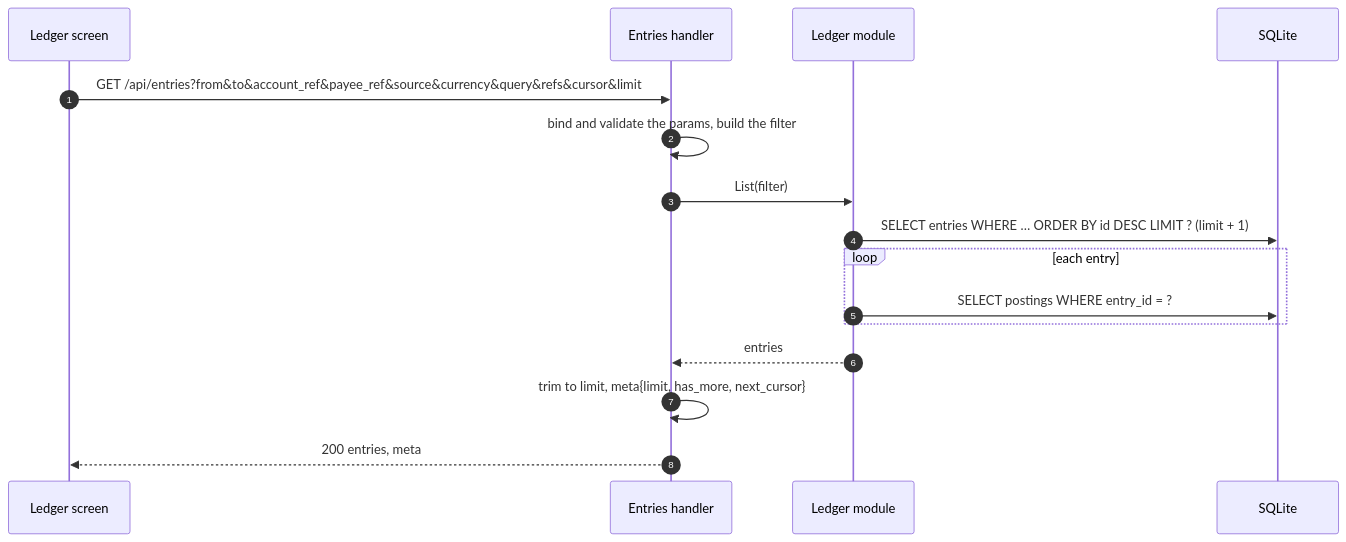
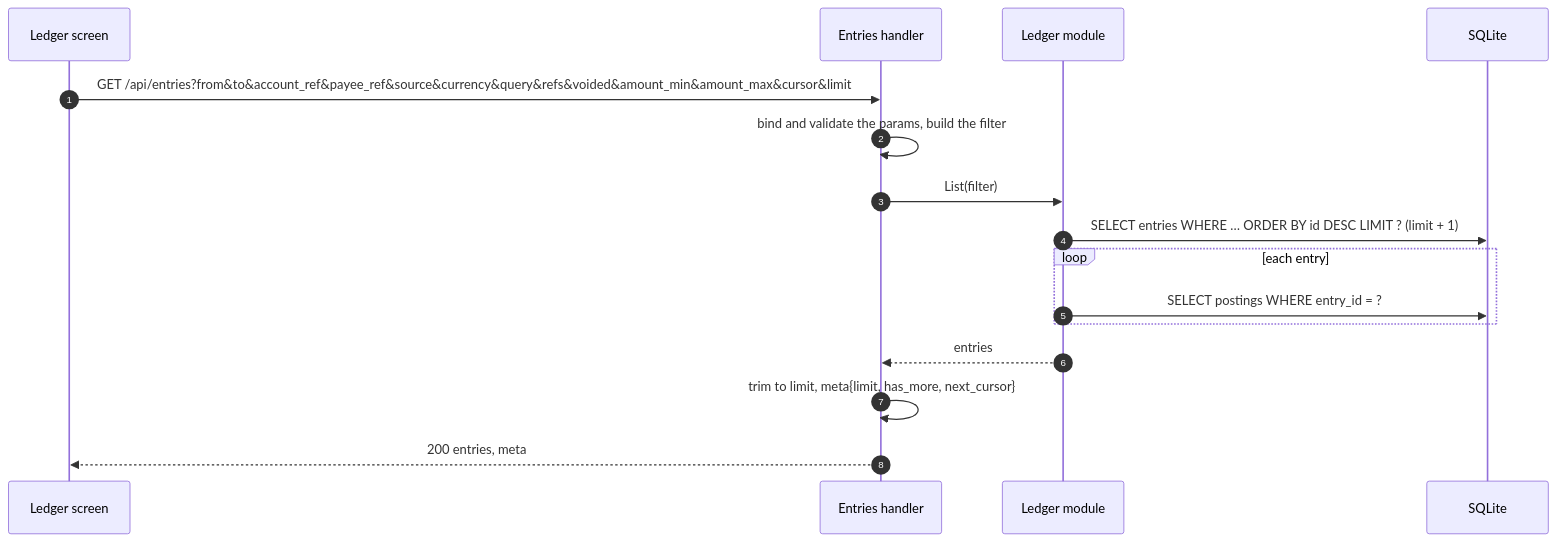
Before and after one commit to dimasbaguspm/spenicle: the diagram in docs/endpoints/GET_api_entries.md, drawn with Mermaid. The commit also changed other lines of this file and 26 other files, not shown here.

Commit message:
feat: filter the ledger by amount, void state and several refs

````diff
--- a/docs/endpoints/GET_api_entries.md
+++ b/docs/endpoints/GET_api_entries.md
@@ -74,18 +89,18 @@
 ```mermaid
 sequenceDiagram
     autonumber
     participant UI as Ledger screen
     participant H as Entries handler
     participant L as Ledger module
     participant DB as SQLite
-    UI->>H: GET /api/entries?from&to&account_ref&payee_ref&source&currency&query&refs&cursor&limit
+    UI->>H: GET /api/entries?from&to&account_ref&payee_ref&source&currency&query&refs&voided&amount_min&amount_max&cursor&limit
     H->>H: bind and validate the params, build the filter
     H->>L: List(filter)
     L->>DB: SELECT entries WHERE … ORDER BY id DESC LIMIT ? (limit + 1)
     loop each entry
         L->>DB: SELECT postings WHERE entry_id = ?
     end
     L-->>H: entries
     H->>H: trim to limit, meta{limit, has_more, next_cursor}
     H-->>UI: 200 entries, meta
 ```
````
